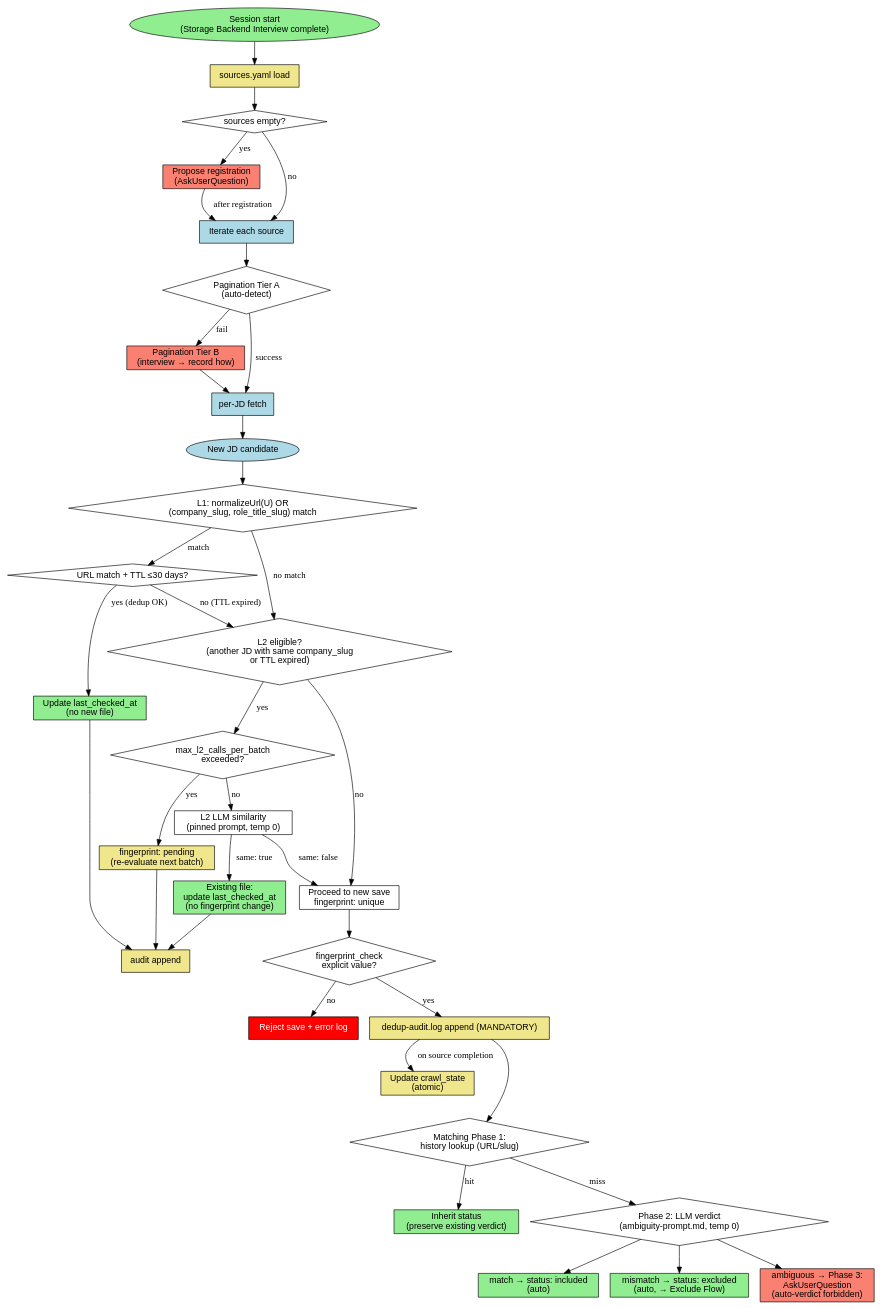
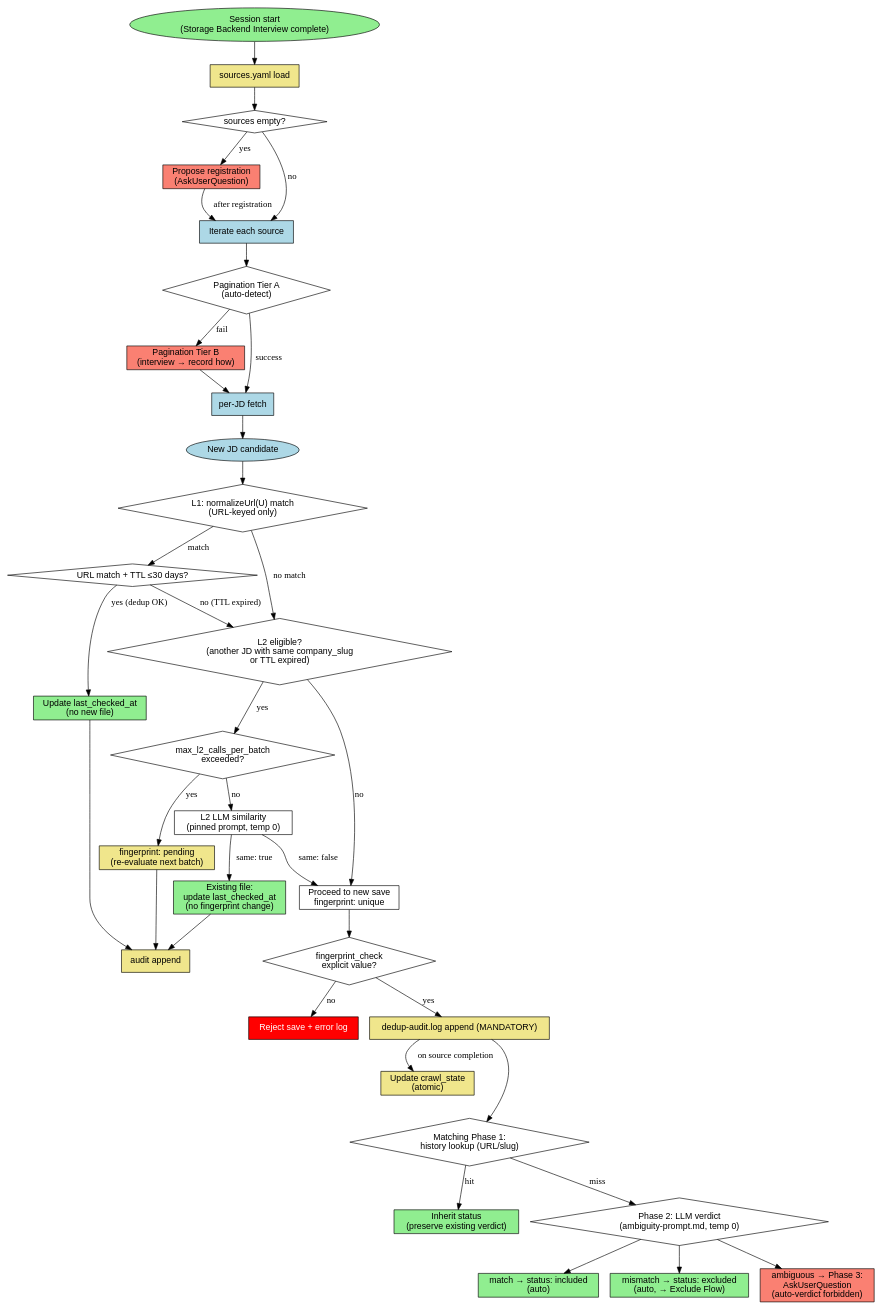
Before and after one commit to toongri/oh-my-toong-playground: the first of 4 diagrams in skills/collect-jd/reference/dedup-and-discovery.md, drawn with Graphviz. The commit also changed other lines of this file and 2 other files, not shown here.

Commit message:
fix: collect-jd L1 URL-only canonical 통일

````diff
--- a/skills/collect-jd/reference/dedup-and-discovery.md
+++ b/skills/collect-jd/reference/dedup-and-discovery.md
@@ -26,78 +26,78 @@
 ```dot
 digraph dedup_matching_flow {
   rankdir=TB;
   node [shape=box, fontname="Helvetica"];
 
   start [label="Session start\n(Storage Backend Interview complete)", shape=ellipse, style=filled, fillcolor=lightgreen];
   sources_load [label="sources.yaml load", style=filled, fillcolor=khaki];
   sources_empty [label="sources empty?", shape=diamond];
   ask_register [label="Propose registration\n(AskUserQuestion)", style=filled, fillcolor=salmon];
   source_iter [label="Iterate each source", style=filled, fillcolor=lightblue];
   pagination_tierA [label="Pagination Tier A\n(auto-detect)", shape=diamond];
   pagination_tierB [label="Pagination Tier B\n(interview → record how)", style=filled, fillcolor=salmon];
   per_jd_fetch [label="per-JD fetch", style=filled, fillcolor=lightblue];
   crawl_memory_update [label="Update crawl_state\n(atomic)", style=filled, fillcolor=khaki];
 
   candidate [label="New JD candidate", shape=ellipse, style=filled, fillcolor=lightblue];
 
-  l1 [label="L1: normalizeUrl(U) OR\n(company_slug, role_title_slug) match", shape=diamond];
+  l1 [label="L1: normalizeUrl(U) match\n(URL-keyed only)", shape=diamond];
   l1_url [label="URL match + TTL ≤30 days?", shape=diamond];
   update_ts [label="Update last_checked_at\n(no new file)", style=filled, fillcolor=lightgreen];
 
   l2_eligible [label="L2 eligible?\n(another JD with same company_slug\nor TTL expired)", shape=diamond];
   l2_cap [label="max_l2_calls_per_batch\nexceeded?", shape=diamond];
   l2_pending [label="fingerprint: pending\n(re-evaluate next batch)", style=filled, fillcolor=khaki];
   l2_call [label="L2 LLM similarity\n(pinned prompt, temp 0)"];
   l2_dup [label="Existing file:\nupdate last_checked_at\n(no fingerprint change)", style=filled, fillcolor=lightgreen];
   save_unique [label="Proceed to new save\nfingerprint: unique"];
   save_check [label="fingerprint_check\nexplicit value?", shape=diamond];
   reject [label="Reject save + error log", style=filled, fillcolor=red, fontcolor=white];
 
   audit [label="dedup-audit.log append (MANDATORY)", style=filled, fillcolor=khaki];
   audit_end [label="audit append", style=filled, fillcolor=khaki];
 
   phase1 [label="Matching Phase 1:\nhistory lookup (URL/slug)", shape=diamond];
   inherit [label="Inherit status\n(preserve existing verdict)", style=filled, fillcolor=lightgreen];
   phase2 [label="Phase 2: LLM verdict\n(ambiguity-prompt.md, temp 0)", shape=diamond];
   vmatch [label="match → status: included\n(auto)", style=filled, fillcolor=lightgreen];
   vmismatch [label="mismatch → status: excluded\n(auto, → Exclude Flow)", style=filled, fillcolor=lightgreen];
   vambig [label="ambiguous → Phase 3:\nAskUserQuestion\n(auto-verdict forbidden)", style=filled, fillcolor=salmon];
 
   start -> sources_load -> sources_empty;
   sources_empty -> ask_register [label="yes"];
   sources_empty -> source_iter [label="no"];
   ask_register -> source_iter [label="after registration"];
   source_iter -> pagination_tierA;
   pagination_tierA -> per_jd_fetch [label="success"];
   pagination_tierA -> pagination_tierB [label="fail"];
   pagination_tierB -> per_jd_fetch;
   per_jd_fetch -> candidate;
 
   candidate -> l1;
   l1 -> l1_url [label="match"];
   l1 -> l2_eligible [label="no match"];
   l1_url -> update_ts [label="yes (dedup OK)"];
   l1_url -> l2_eligible [label="no (TTL expired)"];
   l2_eligible -> l2_cap [label="yes"];
   l2_eligible -> save_unique [label="no"];
   l2_cap -> l2_pending [label="yes"];
   l2_cap -> l2_call [label="no"];
   l2_call -> l2_dup [label="same: true"];
   l2_call -> save_unique [label="same: false"];
 
   update_ts -> audit_end;
   l2_dup -> audit_end;
   l2_pending -> audit_end;
   save_unique -> save_check;
   save_check -> audit [label="yes"];
   save_check -> reject [label="no"];
   audit -> phase1;
   phase1 -> inherit [label="hit"];
   phase1 -> phase2 [label="miss"];
   phase2 -> vmatch;
   phase2 -> vmismatch;
   phase2 -> vambig;
   audit -> crawl_memory_update [label="on source completion"];
   crawl_memory_update -> phase1 [style=invis];
 }
 ```
````
